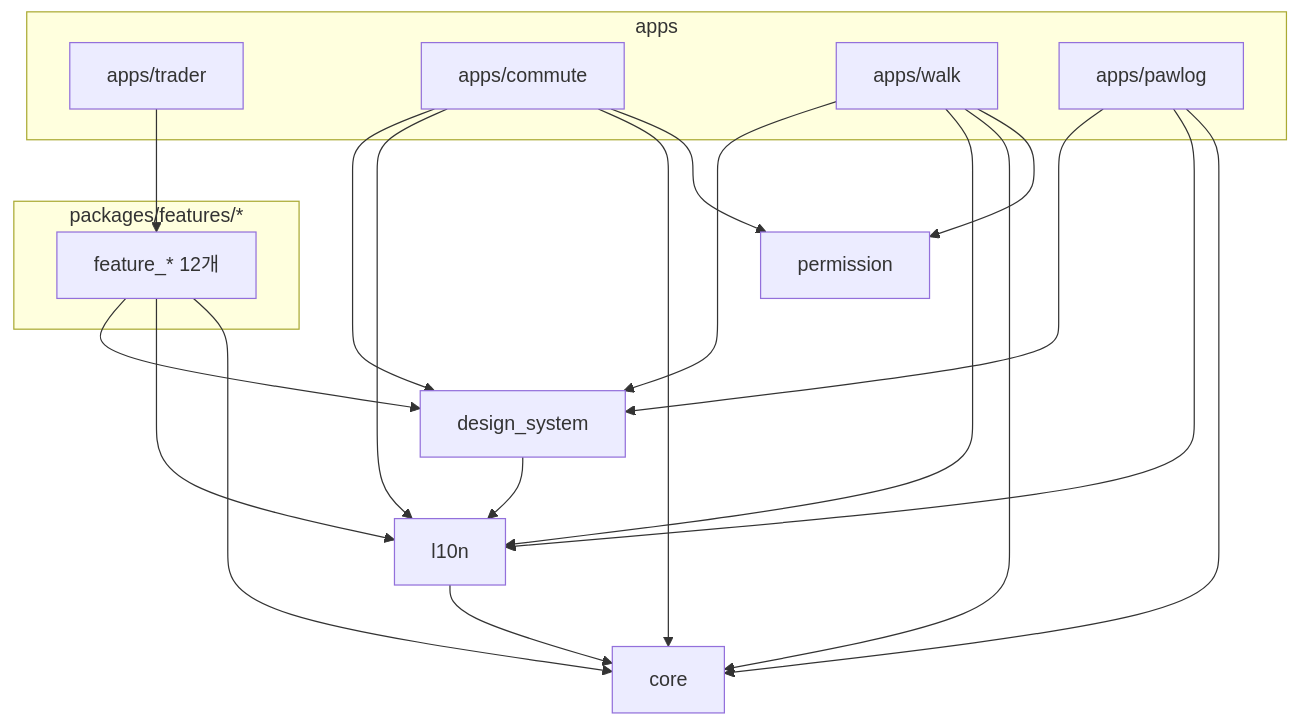
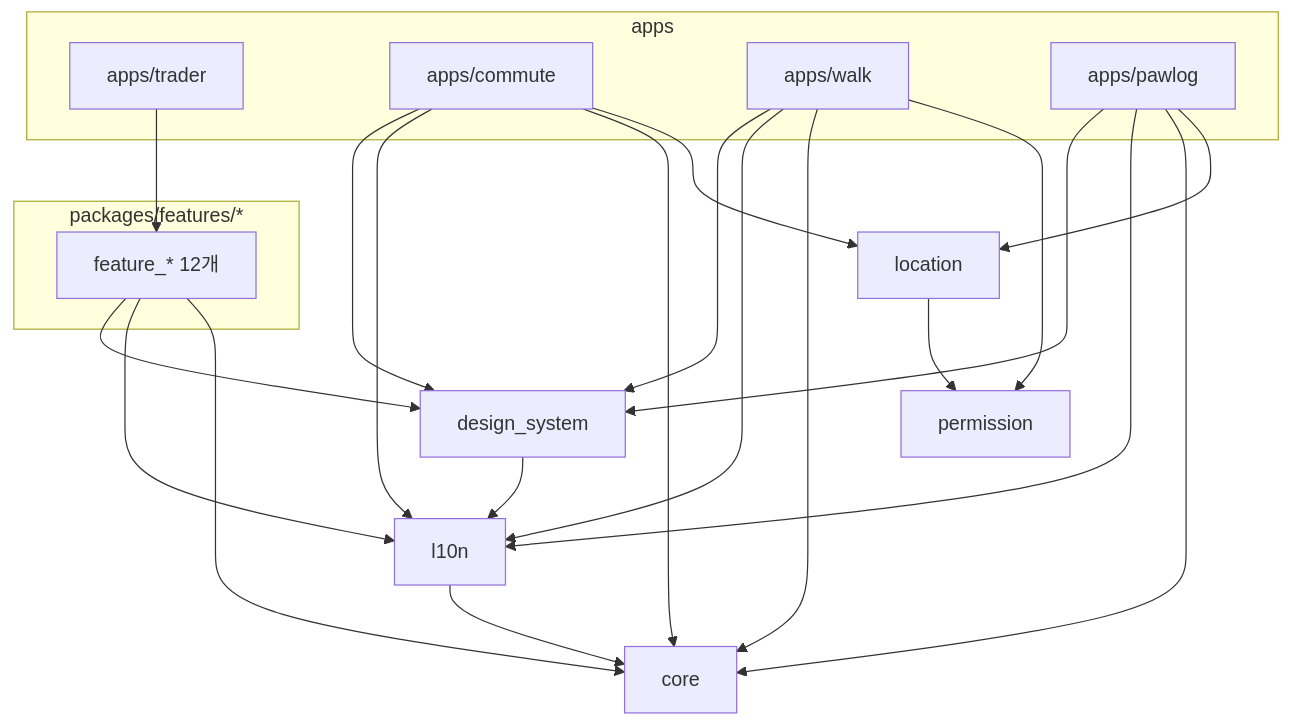
One commit to karma951221/flutter_apps changed the first of 3 diagrams in docs/dependencies.md. Above: the diagram before and after it, drawn with Mermaid. The commit also changed other lines of this file and 4 other files, not shown here.

````diff
--- a/docs/dependencies.md
+++ b/docs/dependencies.md
@@ -12,34 +12,37 @@
 ```mermaid
 flowchart TB
   subgraph apps
     trader[apps/trader]
     commute_app[apps/commute]
     walk_app[apps/walk]
     pawlog_app[apps/pawlog]
   end
   subgraph features["packages/features/*"]
     F[feature_* 12개]
   end
   DS[design_system]
   L[l10n]
   CORE[core]
   PERM[permission]
+  LOC[location]
 
   trader --> F
   F --> DS
   F --> L
   DS --> L
   L --> CORE
   F --> CORE
   commute_app --> DS
   commute_app --> L
   commute_app --> CORE
-  commute_app --> PERM
+  commute_app --> LOC
   walk_app --> DS
   walk_app --> L
   walk_app --> CORE
   walk_app --> PERM
   pawlog_app --> DS
   pawlog_app --> L
   pawlog_app --> CORE
+  pawlog_app --> LOC
+  LOC --> PERM
 ```
````
